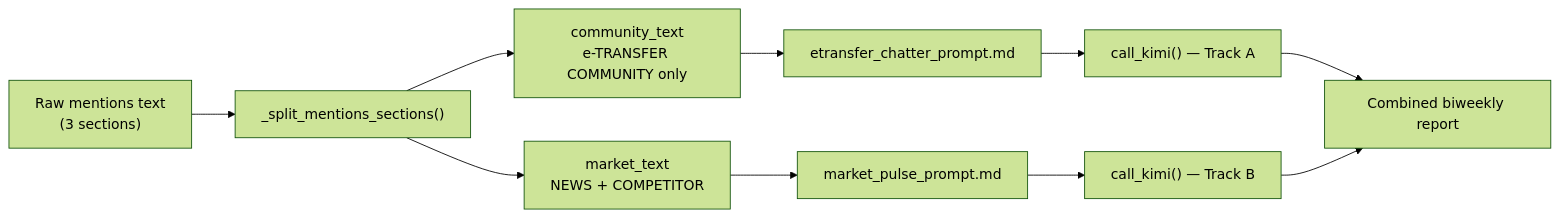
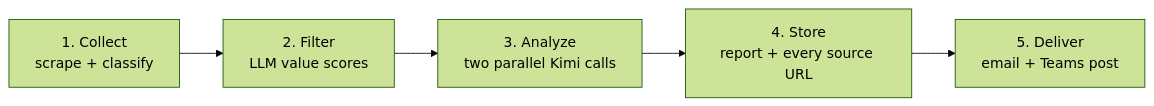
One commit to craigdeng-cpu/interac-sentiment-bot changed the second of 4 diagrams in ARCHITECTURE_FLOW.md. Above: the diagram before and after it, drawn with Mermaid (forest theme). The commit also changed other lines of this file, not shown here.

First line of the commit message:
Refocus architecture doc on target state with clearer workflows.

````diff
--- a/ARCHITECTURE_FLOW.md
+++ b/ARCHITECTURE_FLOW.md
@@ -158,16 +84,7 @@
 ```mermaid
 flowchart LR
-    RAW["Raw mentions text<br/>(3 sections)"] --> SPLIT["_split_mentions_sections()"]
-
-  SPLIT --> C["community_text<br/>e-TRANSFER COMMUNITY only"]
-  SPLIT --> M["market_text<br/>NEWS + COMPETITOR"]
-
-  C --> P1["etransfer_chatter_prompt.md"]
-  M --> P2["market_pulse_prompt.md"]
-
-  P1 --> K1["call_kimi() — Track A"]
-  P2 --> K2["call_kimi() — Track B"]
-
-  K1 --> RPT["Combined biweekly report"]
-  K2 --> RPT
+    A["1. Collect<br/>scrape + classify"] --> B["2. Filter<br/>LLM value scores"]
+    B --> C["3. Analyze<br/>two parallel Kimi calls"]
+    C --> D["4. Store<br/>report + every source URL"]
+    D --> E["5. Deliver<br/>email + Teams post"]
 ```
````
